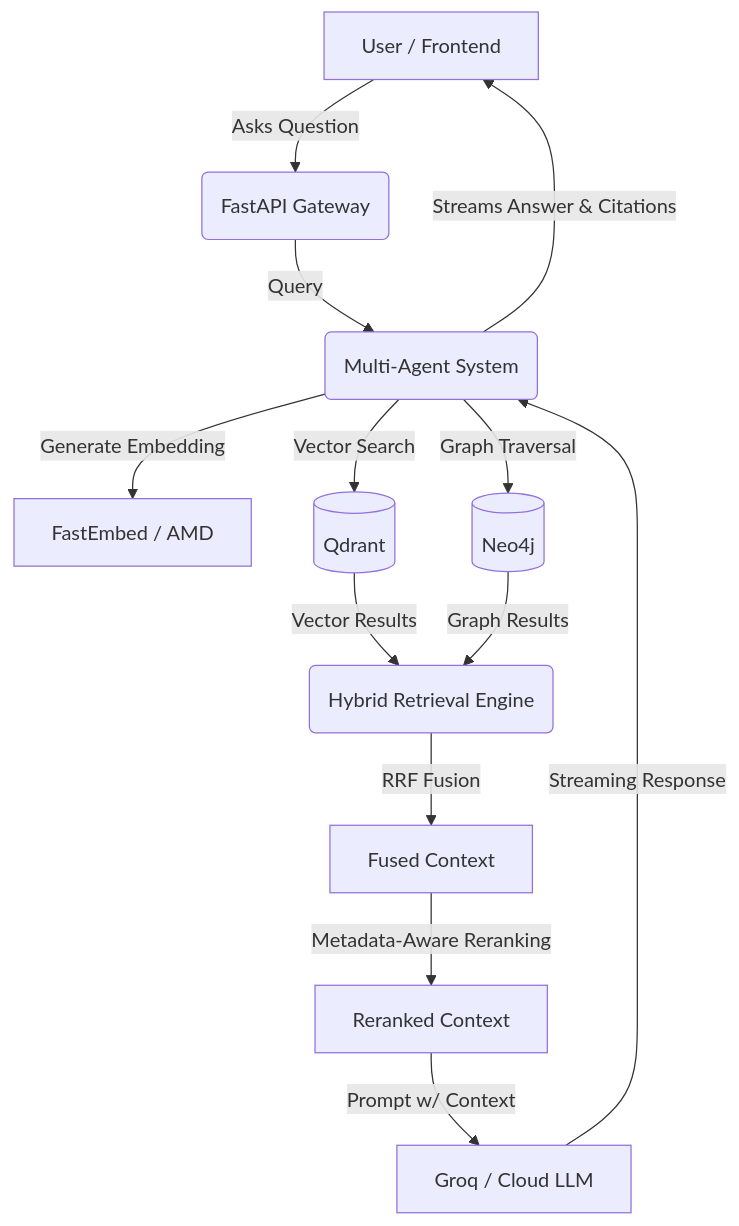
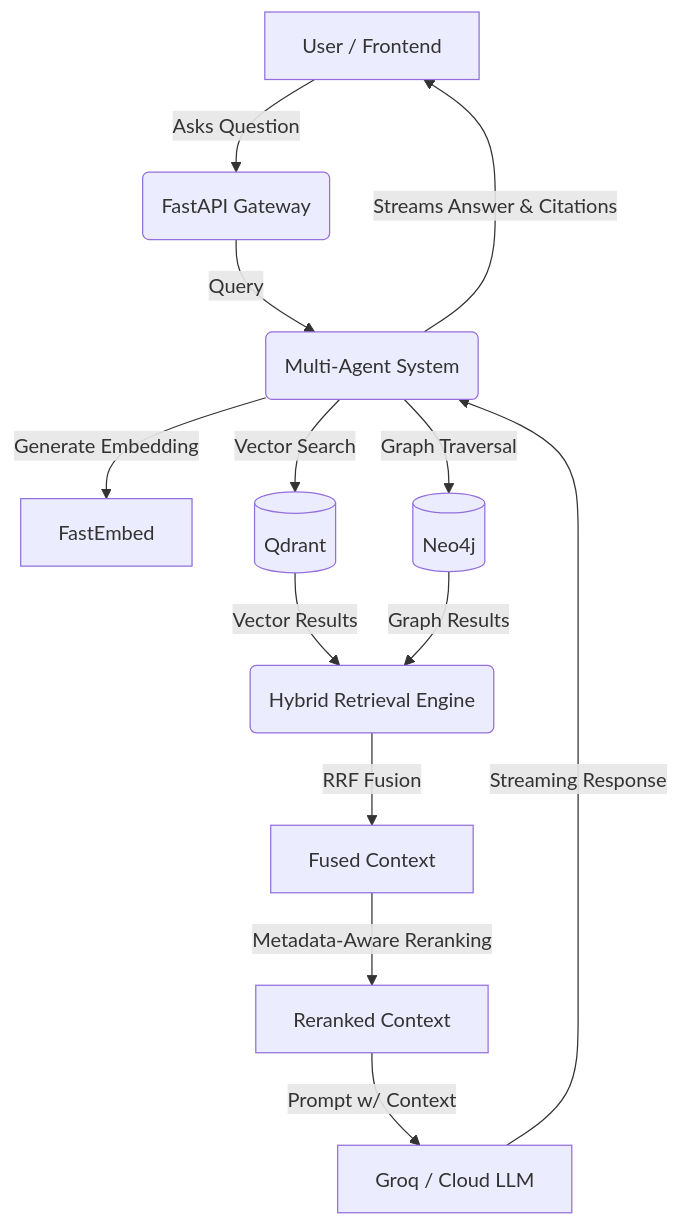
One commit to suparnagrawal/seekr changed the second of 2 diagrams in README.md. Above: the diagram before and after it, drawn with Mermaid. The commit also changed other lines of this file and 48 other files, not shown here.

````diff
--- a/README.md
+++ b/README.md
@@ -123,15 +98,15 @@
 ```mermaid
 graph TD
     A[User / Frontend] -->|Asks Question| B(FastAPI Gateway)
     B -->|Query| C(Multi-Agent System)
-    C -->|Generate Embedding| D[FastEmbed / AMD]
+    C -->|Generate Embedding| D[FastEmbed]
     C -->|Vector Search| E[(Qdrant)]
     C -->|Graph Traversal| F[(Neo4j)]
     E -->|Vector Results| G(Hybrid Retrieval Engine)
     F -->|Graph Results| G
     G -->|RRF Fusion| H[Fused Context]
     H -->|Metadata-Aware Reranking| M[Reranked Context]
     M -->|Prompt w/ Context| I[Groq / Cloud LLM]
     I -->|Streaming Response| C
     C -->|Streams Answer & Citations| A
 ```
````
